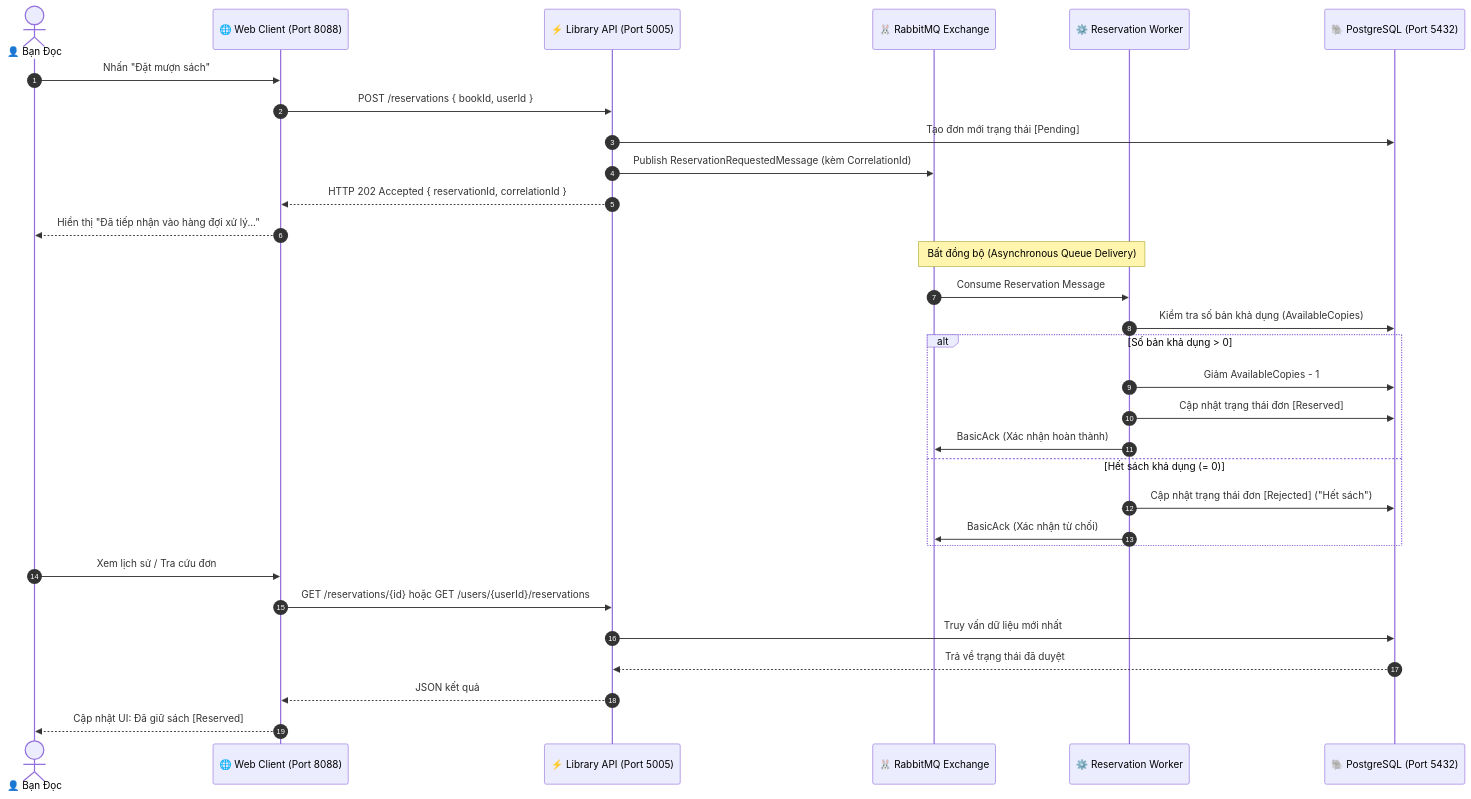
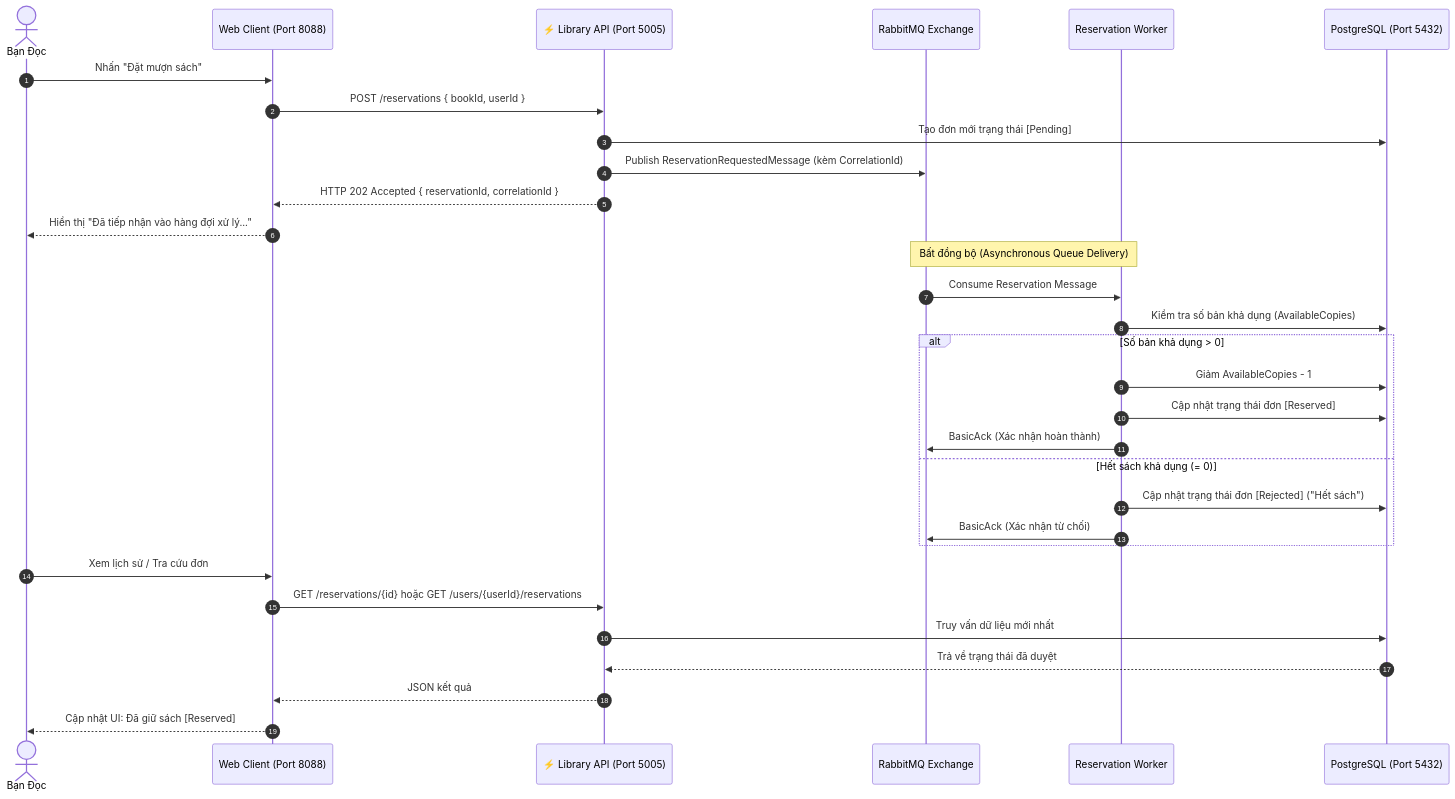
One commit to azmedia2006/distributed-library-reservation-v2 changed the second of 2 diagrams in README.md. Above: the diagram before and after it, drawn with Mermaid. The commit also changed other lines of this file, not shown here.

````diff
--- a/README.md
+++ b/README.md
@@ -84,36 +84,36 @@
 ```mermaid
 sequenceDiagram
     autonumber
-    actor User as 👤 Bạn Đọc
-    participant Web as 🌐 Web Client (Port 8088)
+    actor User as Bạn Đọc
+    participant Web as Web Client (Port 8088)
     participant API as ⚡ Library API (Port 5005)
-    participant RMQ as 🐰 RabbitMQ Exchange
-    participant Worker as ⚙️ Reservation Worker
-    participant DB as 🐘 PostgreSQL (Port 5432)
+    participant RMQ as RabbitMQ Exchange
+    participant Worker as Reservation Worker
+    participant DB as PostgreSQL (Port 5432)
 
     User->>Web: Nhấn "Đặt mượn sách"
     Web->>API: POST /reservations { bookId, userId }
     API->>DB: Tạo đơn mới trạng thái [Pending]
     API->>RMQ: Publish ReservationRequestedMessage (kèm CorrelationId)
     API-->>Web: HTTP 202 Accepted { reservationId, correlationId }
     Web-->>User: Hiển thị "Đã tiếp nhận vào hàng đợi xử lý..."
 
     Note over RMQ,Worker: Bất đồng bộ (Asynchronous Queue Delivery)
     RMQ->>Worker: Consume Reservation Message
     Worker->>DB: Kiểm tra số bản khả dụng (AvailableCopies)
     alt Số bản khả dụng > 0
         Worker->>DB: Giảm AvailableCopies - 1
         Worker->>DB: Cập nhật trạng thái đơn [Reserved]
         Worker->>RMQ: BasicAck (Xác nhận hoàn thành)
     else Hết sách khả dụng (= 0)
         Worker->>DB: Cập nhật trạng thái đơn [Rejected] ("Hết sách")
         Worker->>RMQ: BasicAck (Xác nhận từ chối)
     end
 
     User->>Web: Xem lịch sử / Tra cứu đơn
     Web->>API: GET /reservations/{id} hoặc GET /users/{userId}/reservations
     API->>DB: Truy vấn dữ liệu mới nhất
     DB-->>API: Trả về trạng thái đã duyệt
     API-->>Web: JSON kết quả
     Web-->>User: Cập nhật UI: Đã giữ sách [Reserved]
 ```
````
